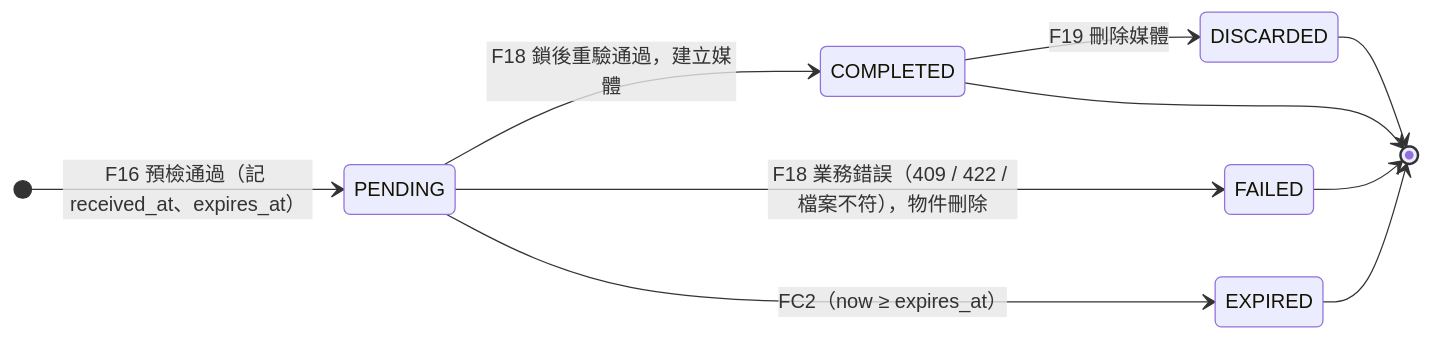
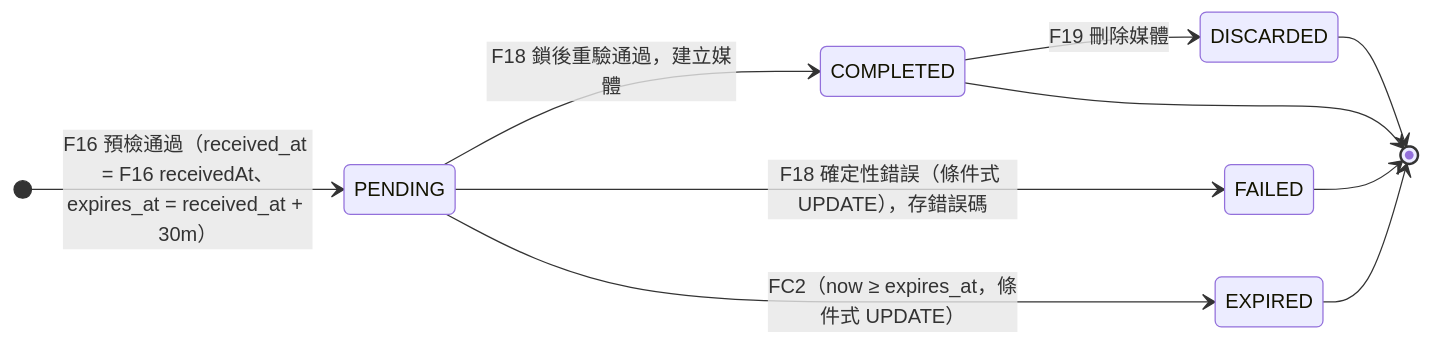
Before and after one commit to willchiangch/cat-sitter-project: the third of 7 diagrams in docs/sd/SD-FULFILL.md, drawn with Mermaid. The commit also changed other lines of this file and 6 other files, not shown here.

````diff
--- a/docs/sd/SD-FULFILL.md
+++ b/docs/sd/SD-FULFILL.md
@@ -251,13 +258,13 @@
 ```mermaid
 stateDiagram-v2
     direction LR
-    [*] --> PENDING: F16 預檢通過（記 received_at、expires_at）
+    [*] --> PENDING: F16 預檢通過（received_at = F16 receivedAt、expires_at = received_at + 30m）
     PENDING --> COMPLETED: F18 鎖後重驗通過，建立媒體
-    PENDING --> FAILED: F18 業務錯誤（409 / 422 / 檔案不符），物件刪除
-    PENDING --> EXPIRED: FC2（now ≥ expires_at）
+    PENDING --> FAILED: F18 確定性錯誤（條件式 UPDATE），存錯誤碼
+    PENDING --> EXPIRED: FC2（now ≥ expires_at，條件式 UPDATE）
     COMPLETED --> DISCARDED: F19 刪除媒體
     COMPLETED --> [*]
     FAILED --> [*]
     EXPIRED --> [*]
     DISCARDED --> [*]
 ```
````
